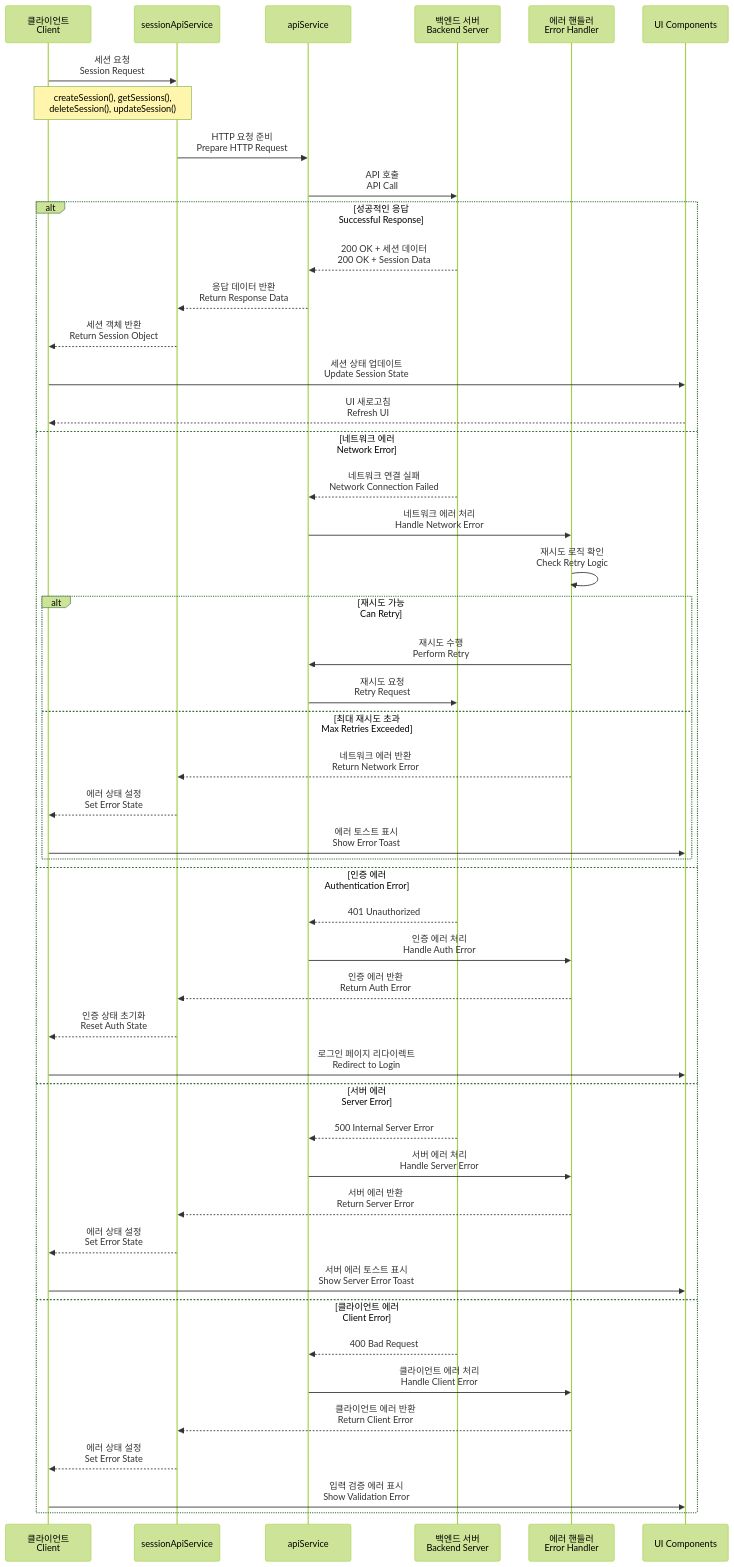
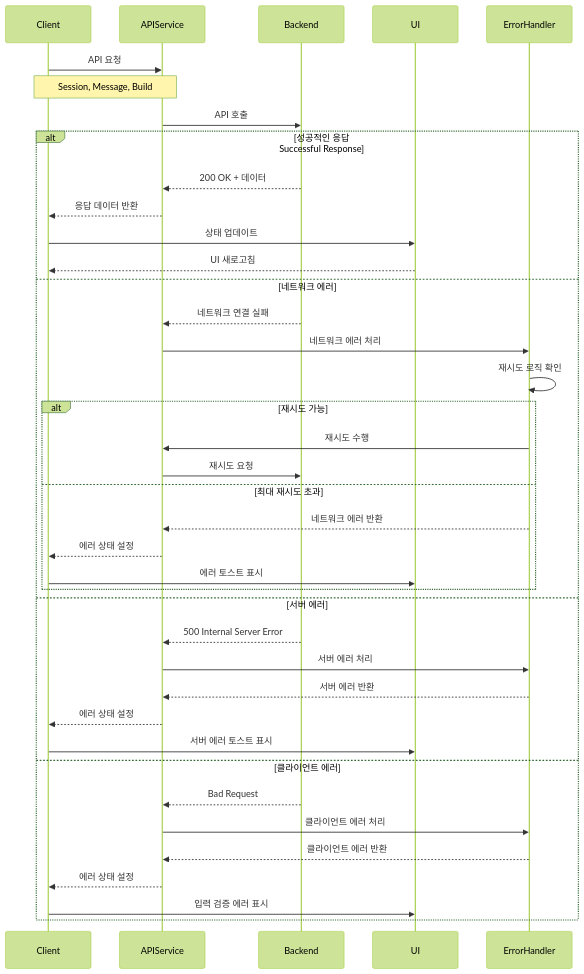
One commit to p0pular131/askspec-chat-assistant changed the tenth of 23 diagrams in docs/design-specification.md. Above: the diagram before and after it, drawn with Mermaid (forest theme).

Commit message:
ㅁㄴㅇㄻㄴㅇㄻㄴㅇㄹ

````diff
--- a/docs/design-specification.md
+++ b/docs/design-specification.md
@@ -535,58 +535,42 @@
 ```mermaid
 sequenceDiagram
-    participant Client as 클라이언트<br/>Client
-    participant SessionAPI as sessionApiService
-    participant APIService as apiService
-    participant Backend as 백엔드 서버<br/>Backend Server
-    participant ErrorHandler as 에러 핸들러<br/>Error Handler
-    participant UI as UI Components
-
-    Client->>SessionAPI: 세션 요청<br/>Session Request
-    Note over Client,SessionAPI: createSession(), getSessions(),<br/>deleteSession(), updateSession()
+    Client->>APIService: API 요청
+    Note over Client,APIService: Session, Message, Build
     
-    SessionAPI->>APIService: HTTP 요청 준비<br/>Prepare HTTP Request
-    APIService->>Backend: API 호출<br/>API Call
+    APIService->>Backend: API 호출
     
     alt 성공적인 응답<br/>Successful Response
-        Backend-->>APIService: 200 OK + 세션 데이터<br/>200 OK + Session Data
-        APIService-->>SessionAPI: 응답 데이터 반환<br/>Return Response Data
-        SessionAPI-->>Client: 세션 객체 반환<br/>Return Session Object
-        Client->>UI: 세션 상태 업데이트<br/>Update Session State
-        UI-->>Client: UI 새로고침<br/>Refresh UI
+        Backend-->>APIService: 200 OK + 데이터
+        APIService-->>Client: 응답 데이터 반환
+        Client->>UI: 상태 업데이트
+        UI-->>Client: UI 새로고침
         
-    else 네트워크 에러<br/>Network Error
-        Backend-->>APIService: 네트워크 연결 실패<br/>Network Connection Failed
-        APIService->>ErrorHandler: 네트워크 에러 처리<br/>Handle Network Error
-        ErrorHandler->>ErrorHandler: 재시도 로직 확인<br/>Check Retry Logic
+    else 네트워크 에러
+        Backend-->>APIService: 네트워크 연결 실패
+        APIService->>ErrorHandler: 네트워크 에러 처리
+        ErrorHandler->>ErrorHandler: 재시도 로직 확인
         
-        alt 재시도 가능<br/>Can Retry
-            ErrorHandler->>APIService: 재시도 수행<br/>Perform Retry
-            APIService->>Backend: 재시도 요청<br/>Retry Request
-        else 최대 재시도 초과<br/>Max Retries Exceeded
-            ErrorHandler-->>SessionAPI: 네트워크 에러 반환<br/>Return Network Error
-            SessionAPI-->>Client: 에러 상태 설정<br/>Set Error State
-            Client->>UI: 에러 토스트 표시<br/>Show Error Toast
+        alt 재시도 가능
+            ErrorHandler->>APIService: 재시도 수행
+            APIService->>Backend: 재시도 요청
+        else 최대 재시도 초과
+            ErrorHandler-->>APIService: 네트워크 에러 반환
+            APIService-->>Client: 에러 상태 설정
+            Client->>UI: 에러 토스트 표시
         end
         
-    else 인증 에러<br/>Authentication Error
-        Backend-->>APIService: 401 Unauthorized
-        APIService->>ErrorHandler: 인증 에러 처리<br/>Handle Auth Error
-        ErrorHandler-->>SessionAPI: 인증 에러 반환<br/>Return Auth Error
-        SessionAPI-->>Client: 인증 상태 초기화<br/>Reset Auth State
-        Client->>UI: 로그인 페이지 리다이렉트<br/>Redirect to Login
+    else 서버 에러
+        Backend-->>APIService: 500 Internal Server Error
+        APIService->>ErrorHandler: 서버 에러 처리
+        ErrorHandler-->>APIService: 서버 에러 반환
+        APIService-->>Client: 에러 상태 설정
+        Client->>UI: 서버 에러 토스트 표시
         
-    else 서버 에러<br/>Server Error
-        Backend-->>APIService: 500 Internal Server Error
-        APIService->>ErrorHandler: 서버 에러 처리<br/>Handle Server Error
-        ErrorHandler-->>SessionAPI: 서버 에러 반환<br/>Return Server Error
-        SessionAPI-->>Client: 에러 상태 설정<br/>Set Error State
-        Client->>UI: 서버 에러 토스트 표시<br/>Show Server Error Toast
-        
-    else 클라이언트 에러<br/>Client Error
-        Backend-->>APIService: 400 Bad Request
-        APIService->>ErrorHandler: 클라이언트 에러 처리<br/>Handle Client Error
-        ErrorHandler-->>SessionAPI: 클라이언트 에러 반환<br/>Return Client Error
-        SessionAPI-->>Client: 에러 상태 설정<br/>Set Error State
-        Client->>UI: 입력 검증 에러 표시<br/>Show Validation Error
+    else 클라이언트 에러
+        Backend-->>APIService: Bad Request
+        APIService->>ErrorHandler: 클라이언트 에러 처리
+        ErrorHandler-->>APIService: 클라이언트 에러 반환
+        APIService-->>Client: 에러 상태 설정
+        Client->>UI: 입력 검증 에러 표시
     end
 ```
````
